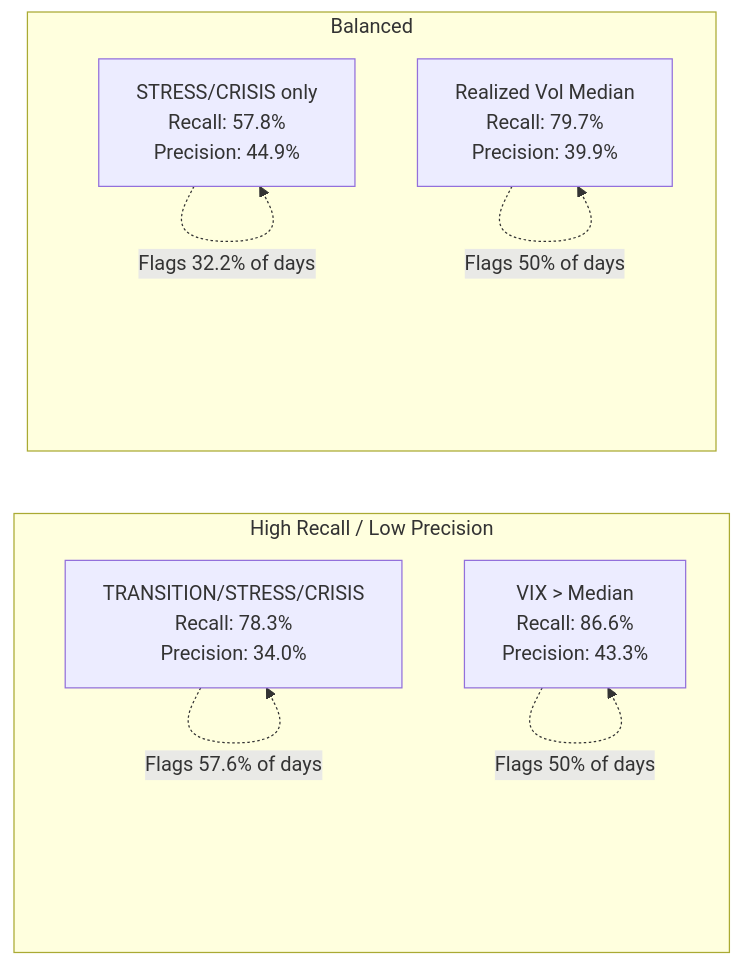
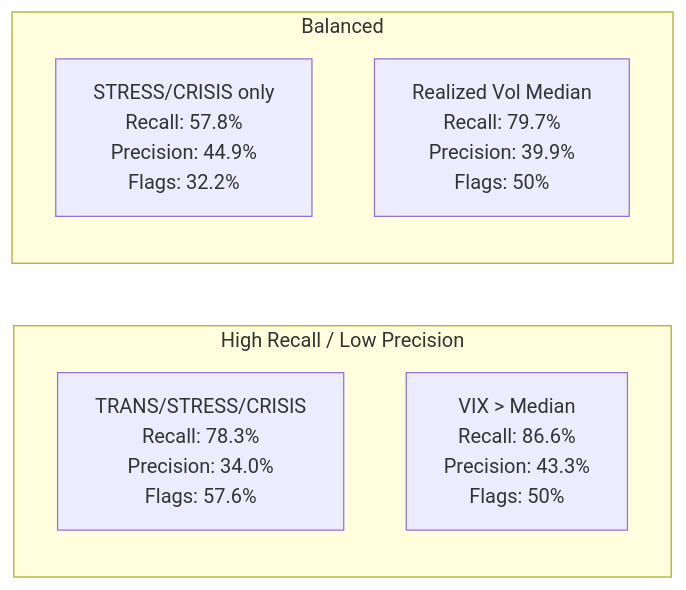
Before and after one commit to VarunGore36/regime-classifier: the sixth of 20 diagrams in VISUALIZATION.md, drawn with Mermaid. The commit also changed other lines of this file, not shown here.

Commit message:
Fix VISUALIZATION.md: use only GitHub-supported Mermaid diagram types (flowchart, pie, mindmap)

````diff
--- a/VISUALIZATION.md
+++ b/VISUALIZATION.md
@@ -92,15 +95,11 @@
 ```mermaid
 flowchart LR
     subgraph "High Recall / Low Precision"
-        R1[TRANSITION/STRESS/CRISIS<br/>Recall: 78.3%<br/>Precision: 34.0%]
-        R2[VIX > Median<br/>Recall: 86.6%<br/>Precision: 43.3%]
+        R1[TRANS/STRESS/CRISIS<br/>Recall: 78.3%<br/>Precision: 34.0%<br/>Flags: 57.6%]
+        R2[VIX > Median<br/>Recall: 86.6%<br/>Precision: 43.3%<br/>Flags: 50%]
     end
     subgraph "Balanced"
-        B1[STRESS/CRISIS only<br/>Recall: 57.8%<br/>Precision: 44.9%]
-        B2[Realized Vol Median<br/>Recall: 79.7%<br/>Precision: 39.9%]
+        B1[STRESS/CRISIS only<br/>Recall: 57.8%<br/>Precision: 44.9%<br/>Flags: 32.2%]
+        B2[Realized Vol Median<br/>Recall: 79.7%<br/>Precision: 39.9%<br/>Flags: 50%]
     end
-    R1 -.->|Flags 57.6% of days| R1
-    R2 -.->|Flags 50% of days| R2
-    B1 -.->|Flags 32.2% of days| B1
-    B2 -.->|Flags 50% of days| B2
 ```
````
